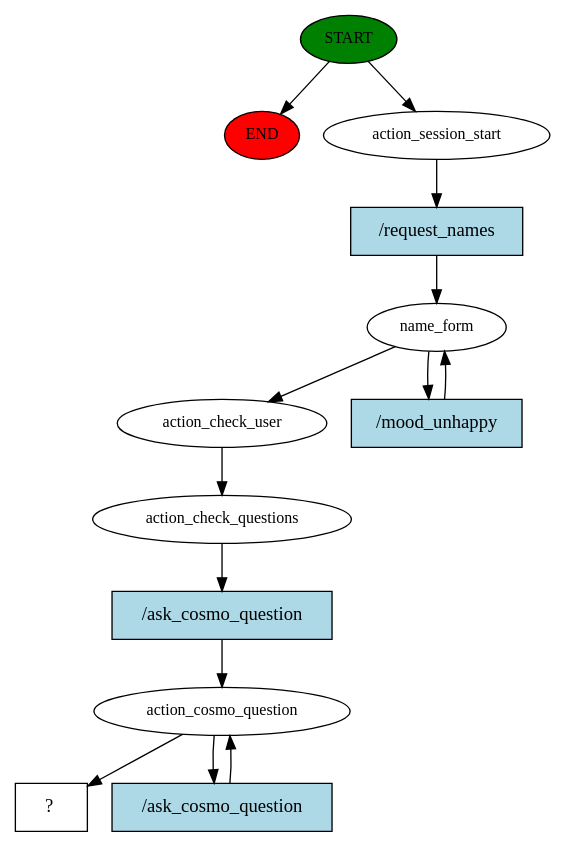
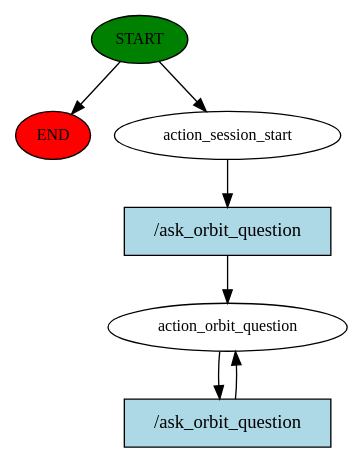
The diagram in story_graph.dot (Dashavod/devtorium_bot), drawn with Graphviz before and after one commit. The commit also changed 170 other files, not shown here.

```diff
--- a/story_graph.dot
+++ b/story_graph.dot
@@ -1,27 +1,14 @@
 digraph  {
 0 [class="start active", fillcolor=green, fontsize=12, label=START, style=filled];
 "-1" [class=end, fillcolor=red, fontsize=12, label=END, style=filled];
 1 [class=active, fontsize=12, label=action_session_start];
-2 [class=active, fontsize=12, label=name_form];
-4 [class=active, fontsize=12, label=action_check_user];
-5 [class=active, fontsize=12, label=action_check_questions];
-6 [class=active, fontsize=12, label=action_cosmo_question];
-9 [class="intent dashed active", label="  ?  ", shape=rect];
-10 [class="intent active", fillcolor=lightblue, label="/request_names", shape=rect, style=filled];
-11 [class="intent active", fillcolor=lightblue, label="/mood_unhappy", shape=rect, style=filled];
-12 [class="intent active", fillcolor=lightblue, label="/ask_cosmo_question", shape=rect, style=filled];
-13 [class="intent active", fillcolor=lightblue, label="/ask_cosmo_question", shape=rect, style=filled];
+2 [class="active dashed", fontsize=12, label=action_orbit_question];
+5 [class="intent active", fillcolor=lightblue, label="/ask_orbit_question", shape=rect, style=filled];
+6 [class="intent active", fillcolor=lightblue, label="/ask_orbit_question", shape=rect, style=filled];
 0 -> "-1"  [class="", key=NONE, label=""];
 0 -> 1  [class=active, key=NONE, label=""];
-1 -> 10  [class=active, key=0];
-2 -> 4  [class=active, key=NONE, label=""];
-2 -> 11  [class=active, key=0];
-4 -> 5  [class=active, key=NONE, label=""];
-5 -> 12  [class=active, key=0];
-6 -> 9  [class=active, key=NONE, label=""];
-6 -> 13  [class=active, key=0];
-10 -> 2  [class=active, key=0];
-11 -> 2  [class=active, key=0];
-12 -> 6  [class=active, key=0];
-13 -> 6  [class=active, key=0];
+1 -> 5  [class=active, key=0];
+2 -> 6  [class=active, key=0];
+5 -> 2  [class=active, key=0];
+6 -> 2  [class=active, key=0];
 }
```
